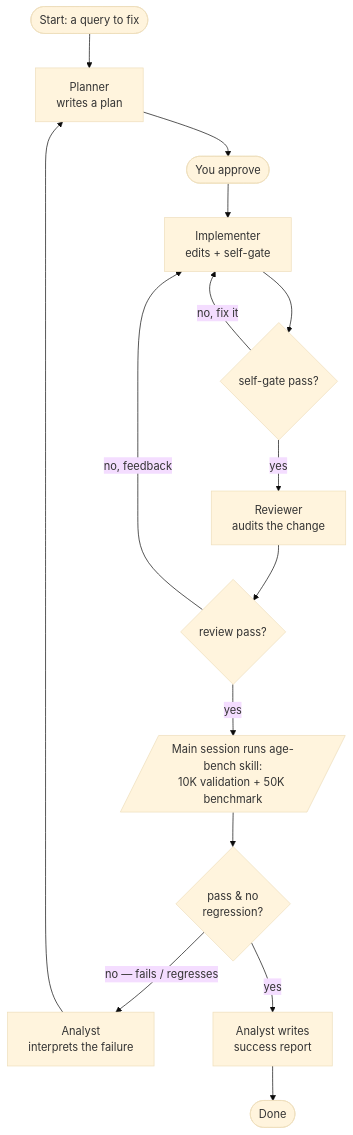
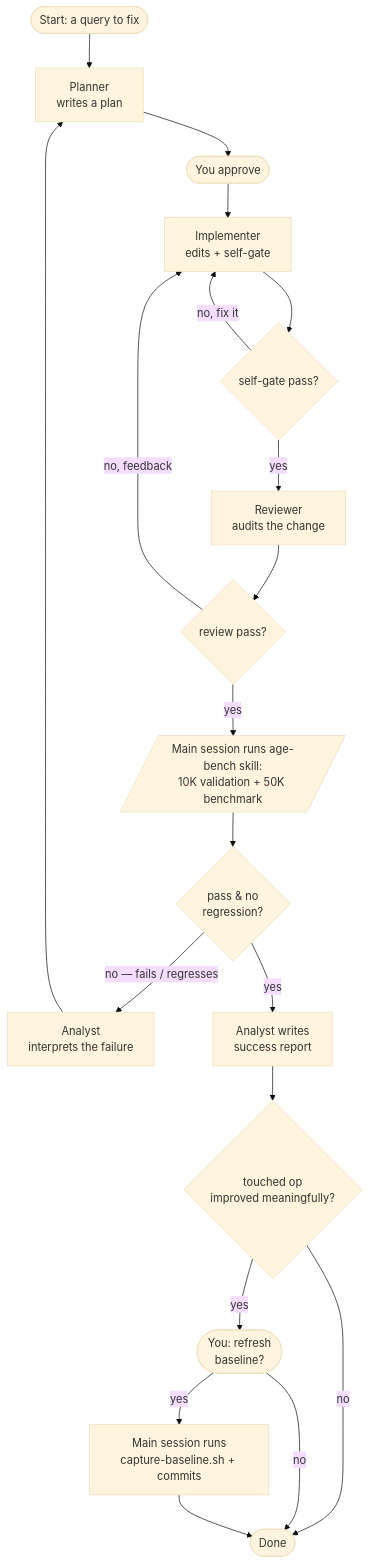
One commit to EmumbaOrg/ldbc_snb_interactive_v1_impls changed the diagram in age/docs/agents-workflow.md. Above: the diagram before and after it, drawn with Mermaid (base theme). The commit also changed other lines of this file and 1 other file, not shown here.

Commit message:
closes the baseline update loop

````diff
--- a/age/docs/agents-workflow.md
+++ b/age/docs/agents-workflow.md
@@ -31,17 +31,22 @@
 ```mermaid
 flowchart TD
     START([Start: a query to fix]) --> PLAN["Planner<br/>writes a plan"]
     PLAN --> APP([You approve])
     APP --> IMPL["Implementer<br/>edits + self-gate"]
     IMPL --> T{self-gate pass?}
     T -->|no, fix it| IMPL
     T -->|yes| REV["Reviewer<br/>audits the change"]
     REV --> RV{review pass?}
     RV -->|no, feedback| IMPL
     RV -->|yes| SKILL[/"Main session runs age-bench skill:<br/>10K validation + 50K benchmark"/]
     SKILL --> CHK{pass & no<br/>regression?}
     CHK -->|no — fails / regresses| ANAF["Analyst<br/>interprets the failure"]
     ANAF --> PLAN
     CHK -->|yes| ANAS["Analyst writes<br/>success report"]
-    ANAS --> DONE([Done])
+    ANAS --> REFQ{touched op<br/>improved meaningfully?}
+    REFQ -->|no| DONE([Done])
+    REFQ -->|yes| ASKHUMAN([You: refresh<br/>baseline?])
+    ASKHUMAN -->|no| DONE
+    ASKHUMAN -->|yes| REFRESH["Main session runs<br/>capture-baseline.sh + commits"]
+    REFRESH --> DONE
 ```
````
